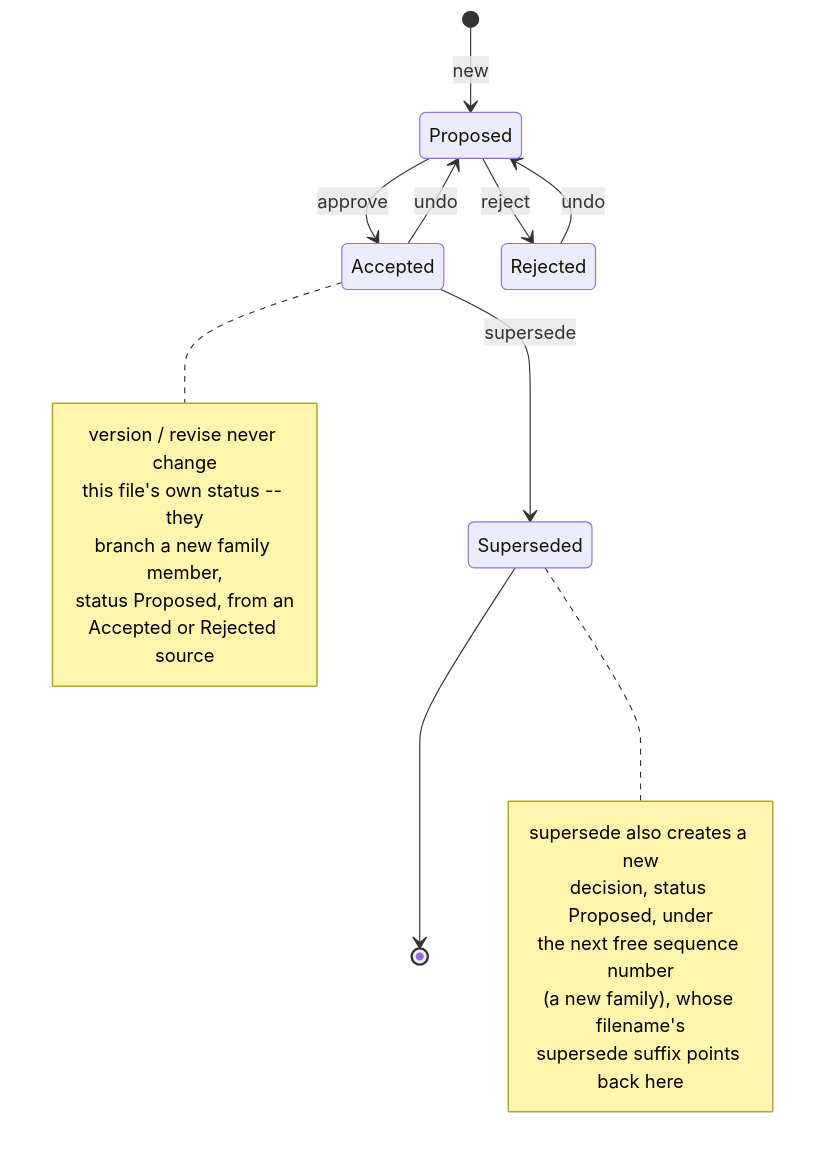
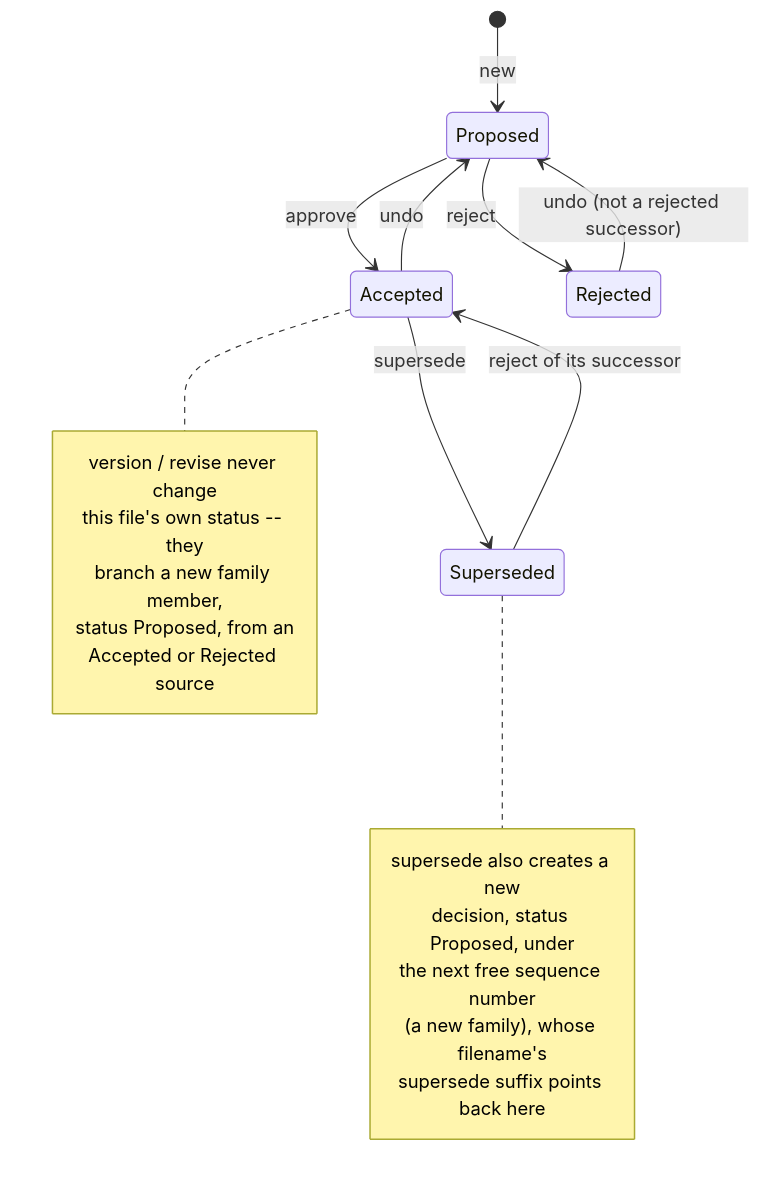
One commit to FRACerqueira/adrpy-ai changed the fifth of 7 diagrams in doc/architecture.md. Above: the diagram before and after it, drawn with Mermaid. The commit also changed other lines of this file and 37 other files, not shown here.

````diff
--- a/doc/architecture.md
+++ b/doc/architecture.md
@@ -195,26 +195,26 @@
 ```mermaid
 stateDiagram-v2
     [*] --> Proposed: new
     Proposed --> Accepted: approve
     Proposed --> Rejected: reject
     Accepted --> Proposed: undo
-    Rejected --> Proposed: undo
+    Rejected --> Proposed: undo (not a rejected successor)
     Accepted --> Superseded: supersede
-    Superseded --> [*]
+    Superseded --> Accepted: reject of its successor
 
     note right of Superseded
         supersede also creates a new
         decision, status Proposed, under
         the next free sequence number
         (a new family), whose filename's
         supersede suffix points back here
     end note
 
     note right of Accepted
         version / revise never change
         this file's own status -- they
         branch a new family member,
         status Proposed, from an
         Accepted or Rejected source
     end note
 ```
````
